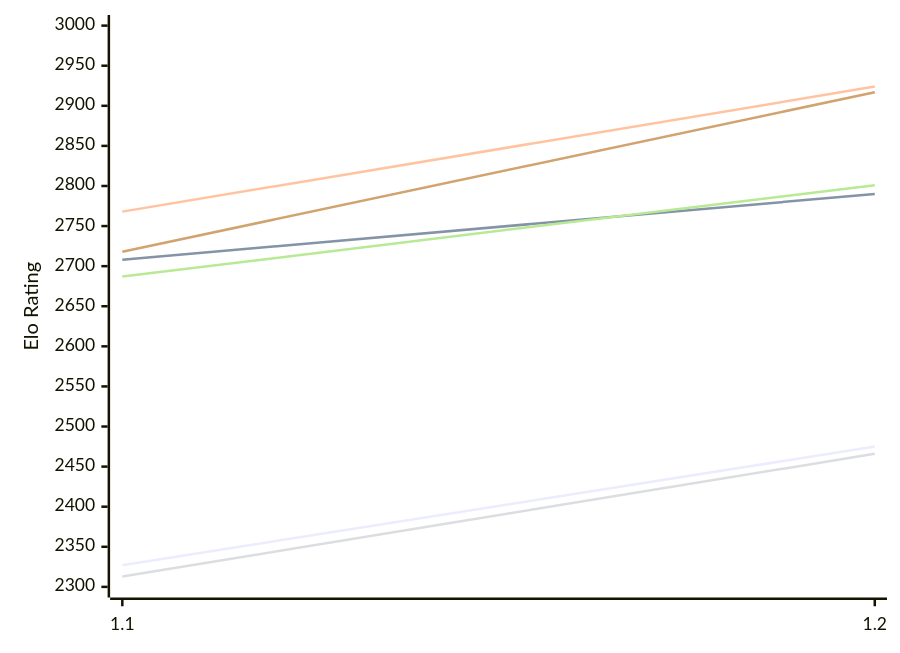
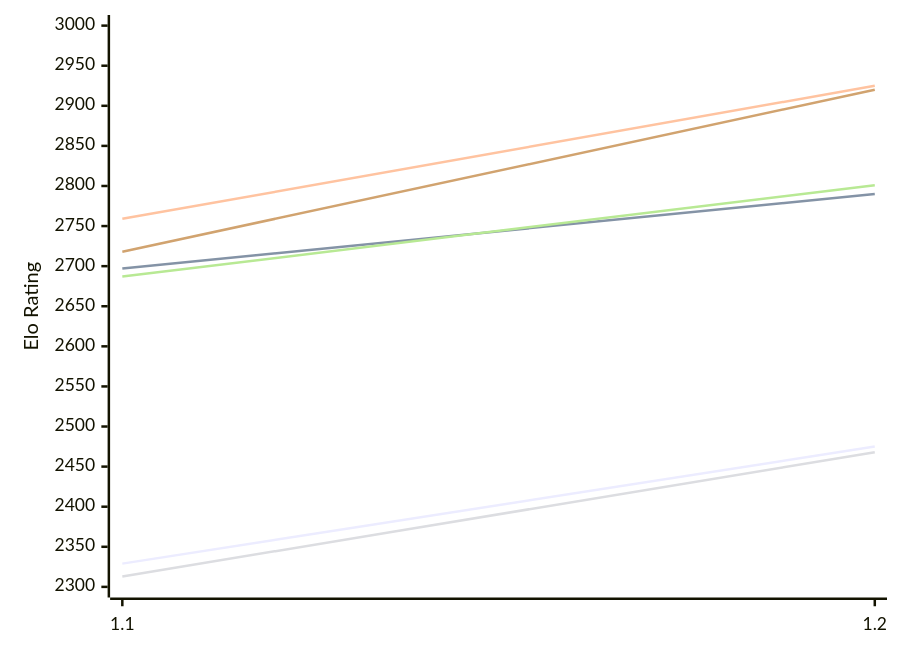
The first of 2 diagrams in engines/FoxChess.md (computer-chess-index/cci), drawn with Mermaid before and after one commit. The commit also changed other lines of this file, not shown here.

Commit message:
Update CCI Ratings (ELO VLTC) - 2026-11-27

````diff
--- a/engines/FoxChess.md
+++ b/engines/FoxChess.md
@@ -51,12 +51,12 @@
 ```mermaid
 %%{init: {"theme":"base","themeVariables":{"seriesColors:['#a3a3a3','#222221','#faa371']}}}%%
 xychart-beta
   x-axis ["1.1", "1.2"]
   y-axis "Elo Rating" 2300 --> 3000
-  line "E1: STC (8.0+0.08s)" [2327, 2475]
-  line "E1: LTC (60.0+0.60s)" [2708, 2790]
-  line "E1: VLTC (2m24s+1.12s)" [2768, 2924]
-  line "P1: STC (8.0+0.08s)" [2313, 2466]
+  line "E1: STC (8.0+0.08s)" [2329, 2475]
+  line "E1: LTC (60.0+0.60s)" [2697, 2790]
+  line "E1: VLTC (2m24s+1.12s)" [2759, 2925]
+  line "P1: STC (8.0+0.08s)" [2313, 2468]
   line "P1: LTC (60.0+0.60s)" [2687, 2801]
-  line "P1: VLTC (2m24s+1.12s)" [2718, 2917]
+  line "P1: VLTC (2m24s+1.12s)" [2718, 2920]
 ```
````
